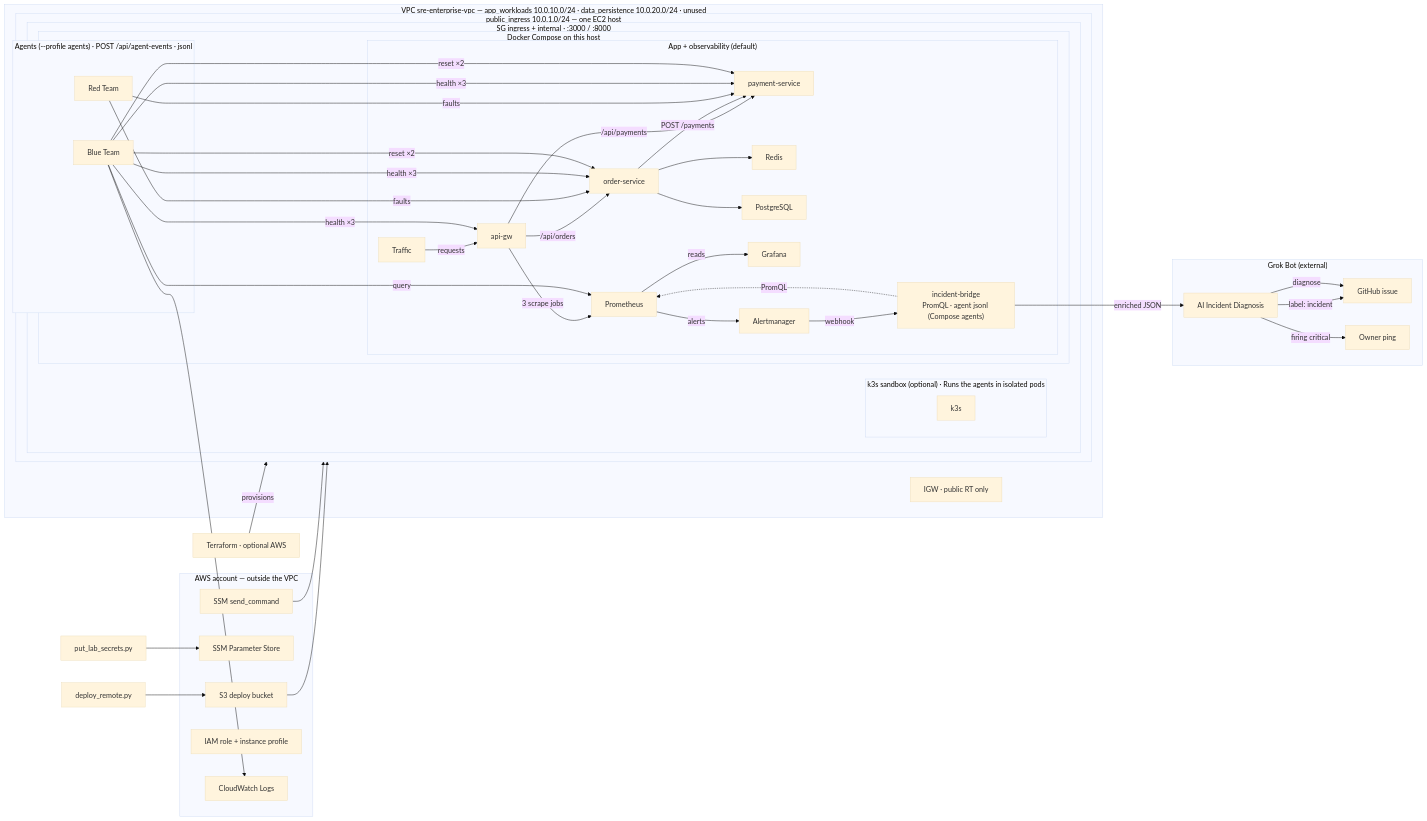
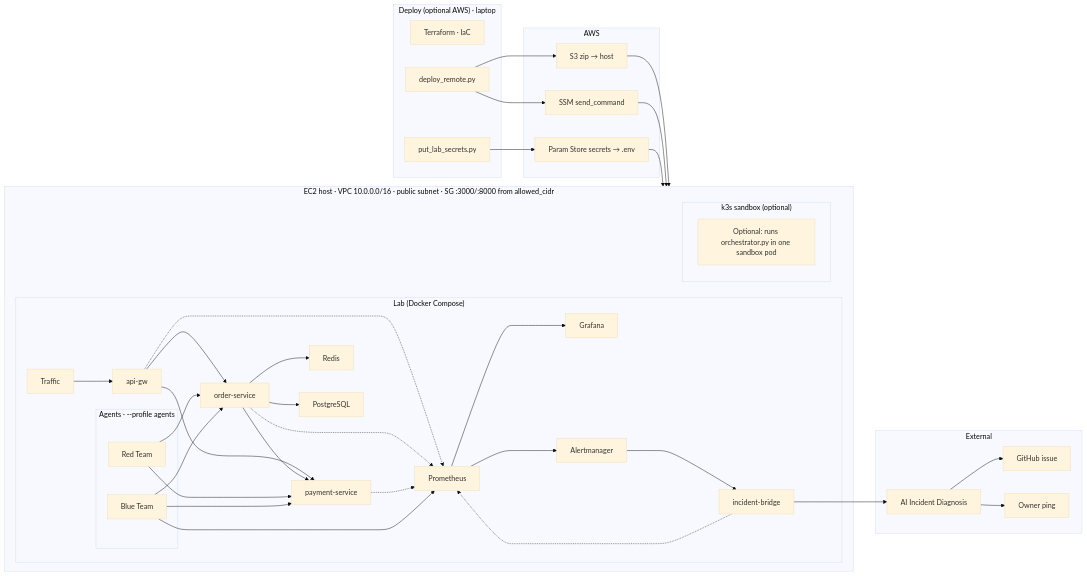
Before and after one commit to ritvikindupuri/ResilienceOps: the diagram in docs/architecture.mmd, drawn with Mermaid. The commit also changed 7 other files, not shown here.

First line of the commit message:
Redesign the architecture figure around the numbered incident path.

```diff
--- a/docs/architecture.mmd
+++ b/docs/architecture.mmd
@@ -1,75 +1,69 @@
 %%{init: { "theme": "base", "flowchart": { "curve": "basis" } }}%%
 flowchart LR
-  TF["Terraform · optional AWS"]
+  TF["Terraform · IaC"]
   DEPLOY["deploy_remote.py"]
   SECRETS["put_lab_secrets.py"]
-  subgraph aws ["AWS account — outside the VPC"]
-    S3["S3 deploy bucket"]
-    PARAM["SSM Parameter Store"]
+  subgraph laptop ["Deploy (optional AWS) · laptop"]
+    TF
+    SECRETS
+    DEPLOY
+  end
+  subgraph aws ["AWS"]
+    S3["S3 zip → host"]
+    PARAM["Param Store secrets → .env"]
     SSM["SSM send_command"]
-    IAM["IAM role + instance profile"]
-    CW["CloudWatch Logs"]
   end
-  subgraph vpc ["VPC sre-enterprise-vpc — app_workloads 10.0.10.0/24 · data_persistence 10.0.20.0/24 · unused"]
-    IGW["IGW · public RT only"]
-    subgraph pub ["public_ingress 10.0.1.0/24 — one EC2 host"]
-      subgraph sg ["SG ingress + internal · :3000 / :8000"]
-        subgraph k3sopt ["k3s sandbox (optional) · Runs the agents in isolated pods"]
-          K3S[k3s]
-        end
-        subgraph compose ["Docker Compose on this host"]
-          subgraph agents ["Agents (--profile agents) · POST /api/agent-events · jsonl"]
-            RED[Red Team]
-            BLUE[Blue Team]
-          end
-          subgraph app ["App + observability (default)"]
-          TG[Traffic]
-          GW[api-gw]
-          OS[order-service]
-          PS[payment-service]
-          RD[Redis]
-          PG[PostgreSQL]
-          PROM[Prometheus]
-          GRAF[Grafana]
-          AM[Alertmanager]
-          BR["incident-bridge\nPromQL · agent jsonl (Compose agents)"]
-          TG -->|"requests"| GW
-          GW -->|"/api/orders"| OS
-          GW -->|"/api/payments"| PS
-          OS -->|"POST /payments"| PS
-          OS --> RD
-          OS --> PG
-          GW -->|"3 scrape jobs"| PROM
-          PROM -->|"reads"| GRAF
-          PROM -->|"alerts"| AM
-          AM -->|"webhook"| BR
-          BR -.->|"PromQL"| PROM
-          end
-        end
+  subgraph host ["EC2 host · VPC 10.0.0.0/16 · public subnet · SG :3000/:8000 from allowed_cidr"]
+    subgraph compose ["Lab (Docker Compose)"]
+      subgraph agents ["Agents · --profile agents"]
+        RED[Red Team]
+        BLUE[Blue Team]
       end
+      TG[Traffic]
+      GW[api-gw]
+      OS[order-service]
+      PS[payment-service]
+      RD[Redis]
+      PG[PostgreSQL]
+      PROM[Prometheus]
+      GRAF[Grafana]
+      AM[Alertmanager]
+      BR["incident-bridge"]
+      TG --> GW
+      GW --> OS
+      GW --> PS
+      OS --> PS
+      OS --> RD
+      OS --> PG
+      GW -.-> PROM
+      OS -.-> PROM
+      PS -.-> PROM
+      PROM --> GRAF
+      PROM --> AM
+      AM --> BR
+      BR -.-> PROM
+    end
+    subgraph k3sopt ["k3s sandbox (optional)"]
+      K3S["Optional: runs orchestrator.py in one sandbox pod"]
     end
   end
-
-  subgraph grok ["Grok Bot (external)"]
+  subgraph ext ["External"]
     BOT["AI Incident Diagnosis"]
-    GH[GitHub issue]
-    PING[Owner ping]
-    BOT -->|"label: incident"| GH
-    BOT -->|"firing critical"| PING
+    GH["GitHub issue"]
+    PING["Owner ping"]
+    BOT --> GH
+    BOT --> PING
   end
 
-  TF -->|provisions| pub
-  DEPLOY --> S3 --> pub
-  SSM --> pub
+  DEPLOY --> S3
+  DEPLOY --> SSM
   SECRETS --> PARAM
-  RED -->|"faults"| OS
-  RED -->|"faults"| PS
-  BLUE -->|"health ×3"| GW
-  BLUE -->|"health ×3"| OS
-  BLUE -->|"health ×3"| PS
-  BLUE -->|"reset ×2"| OS
-  BLUE -->|"reset ×2"| PS
-  BLUE -->|"query"| PROM
-  BLUE --> CW
-  BR -->|"enriched JSON"| BOT
-  BOT -->|"diagnose"| GH
+  S3 --> host
+  SSM --> host
+  PARAM --> host
+  RED --> OS
+  RED --> PS
+  BLUE --> OS
+  BLUE --> PS
+  BLUE --> PROM
+  BR --> BOT
```
